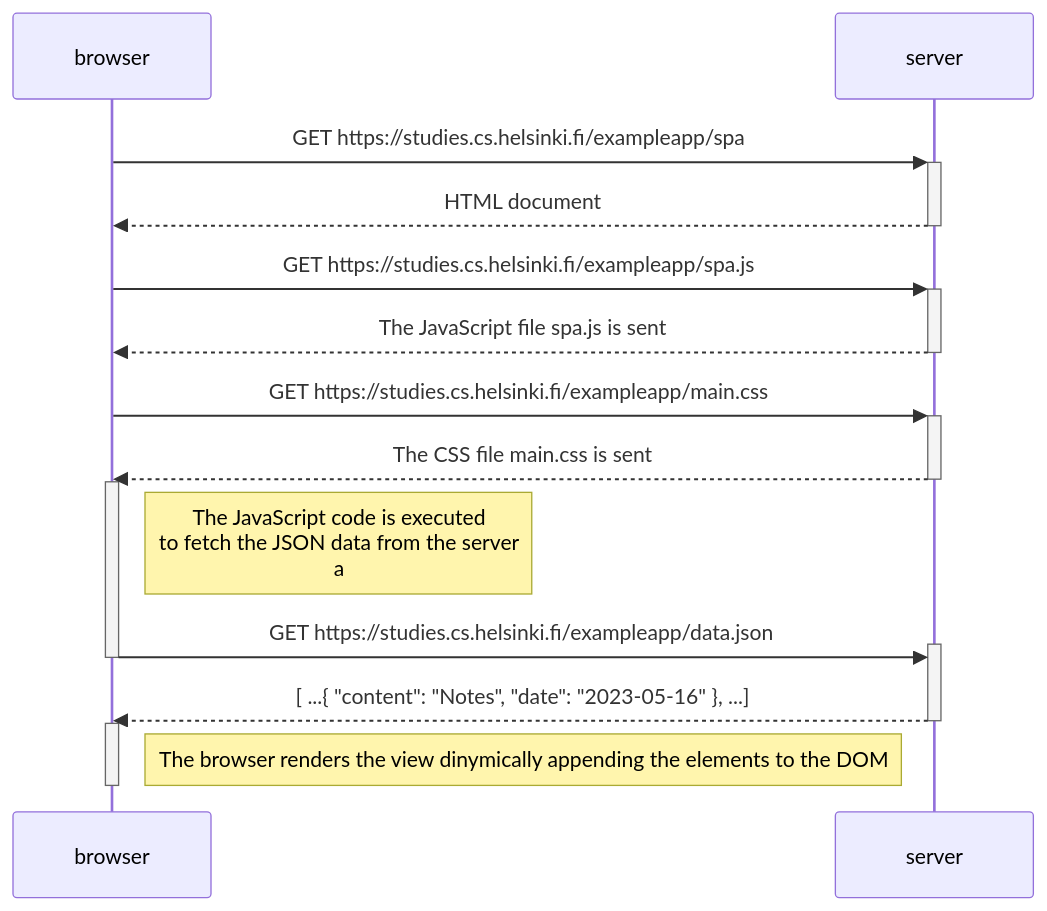
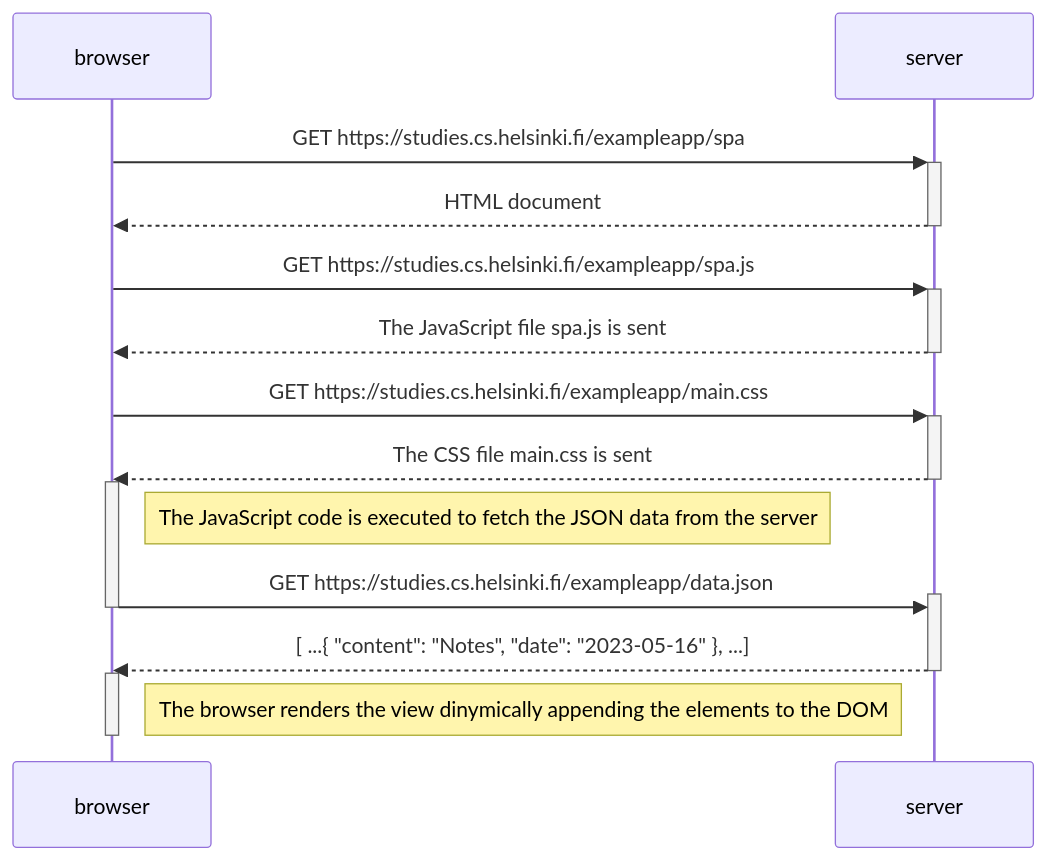
The second of 3 diagrams in part_0/README.md (doteins/full-stack-open), drawn with Mermaid before and after one commit. The commit also changed other lines of this file, not shown here.

````diff
--- a/part_0/README.md
+++ b/part_0/README.md
@@ -30,19 +30,19 @@
 ```mermaid 
 sequenceDiagram
 participant browser
 participant server
 browser->>+server: GET https://studies.cs.helsinki.fi/exampleapp/spa
 server-->>-browser: HTML document
 browser->>+server: GET https://studies.cs.helsinki.fi/exampleapp/spa.js
 server-->>-browser: The JavaScript file spa.js is sent
 browser->>+server: GET https://studies.cs.helsinki.fi/exampleapp/main.css
 server-->>-browser: The CSS file main.css is sent
 activate browser
-Note right of browser: The JavaScript code is executed<br/>to fetch the JSON data from the server<br/>a
+Note right of browser: The JavaScript code is executed to fetch the JSON data from the server
 browser->>+server: GET https://studies.cs.helsinki.fi/exampleapp/data.json
 deactivate browser
 server-->>-browser: [ ...{ "content": "Notes", "date": "2023-05-16" }, ...]
 activate browser
 Note right of browser: The browser renders the view dinymically appending  the elements to the DOM
 deactivate browser
 ```
````
